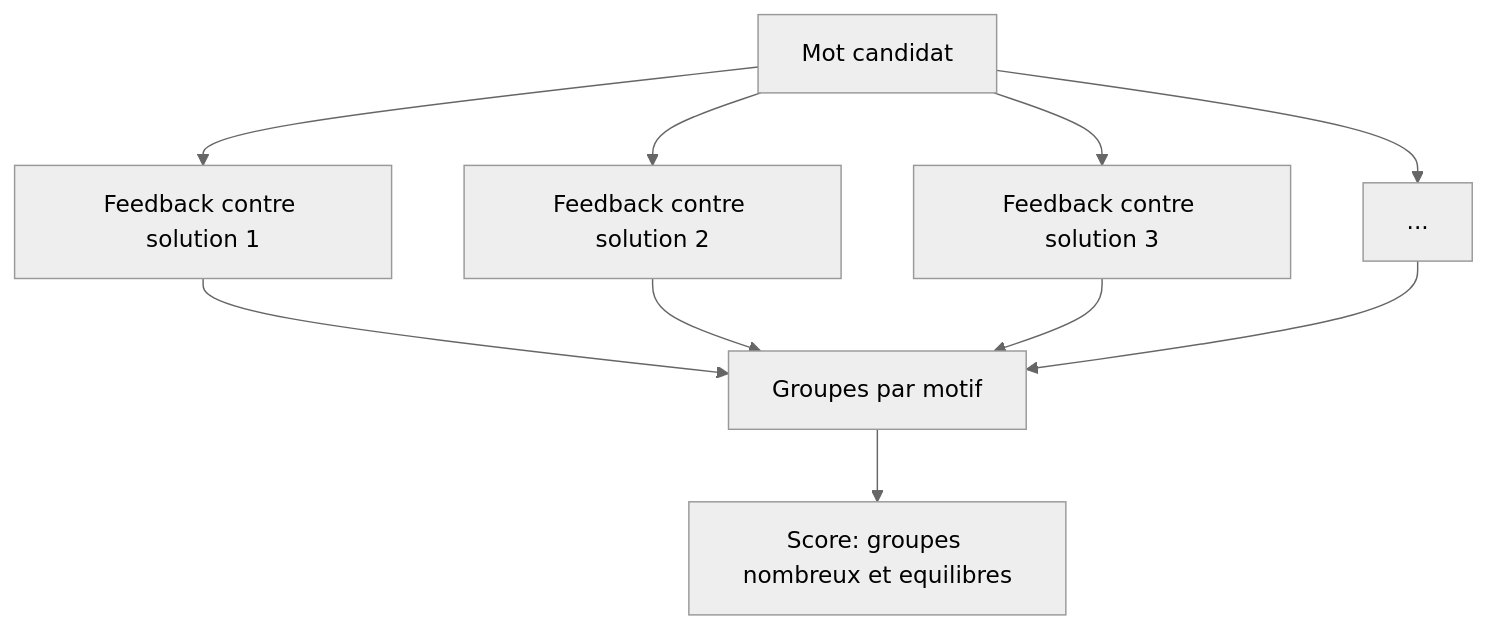
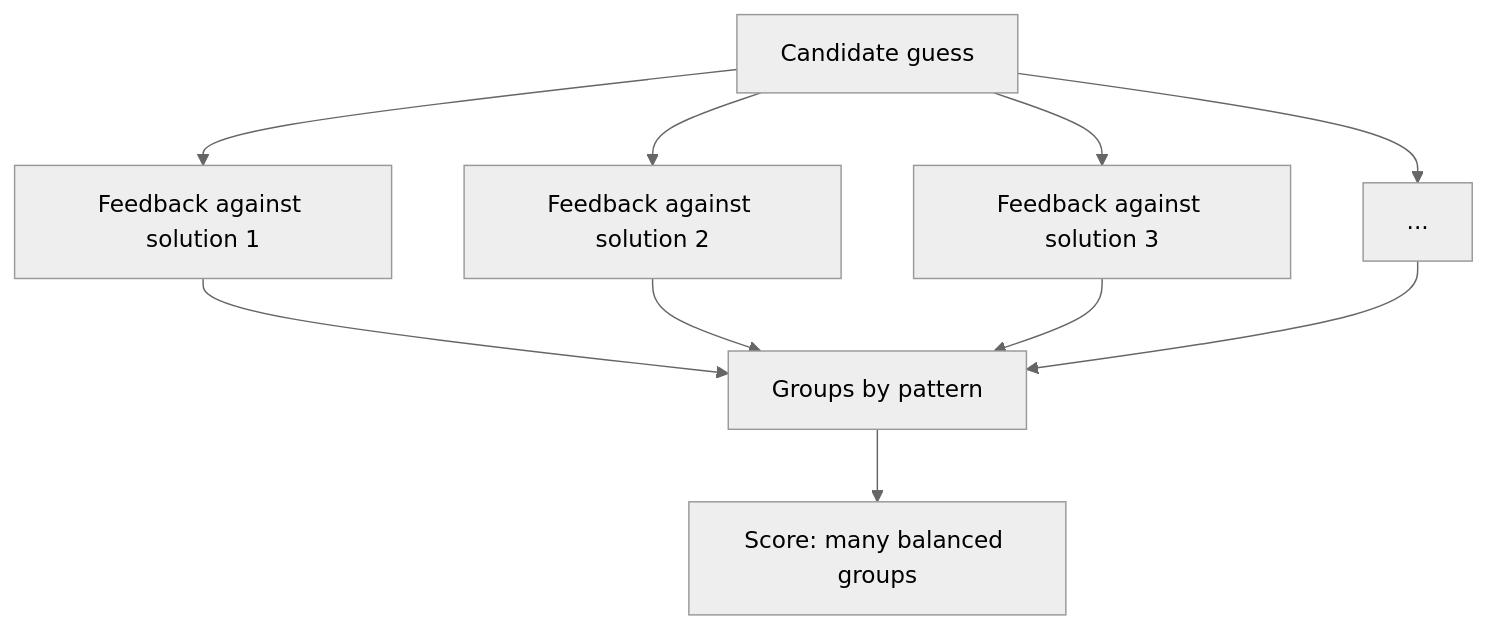
The third of 3 diagrams in README.md (Miglemus/Wordle), drawn with Mermaid (neutral theme) before and after one commit. The commit also changed other lines of this file and 4 other files, not shown here.

````diff
--- a/README.md
+++ b/README.md
@@ -170,12 +169,12 @@
 ```mermaid
 flowchart TD
-    A[Mot candidat] --> B[Feedback contre solution 1]
-    A --> C[Feedback contre solution 2]
-    A --> D[Feedback contre solution 3]
+    A[Candidate guess] --> B[Feedback against solution 1]
+    A --> C[Feedback against solution 2]
+    A --> D[Feedback against solution 3]
     A --> E[...]
-    B --> F[Groupes par motif]
+    B --> F[Groups by pattern]
     C --> F
     D --> F
     E --> F
-    F --> G[Score: groupes nombreux et equilibres]
+    F --> G[Score: many balanced groups]
 ```
````
